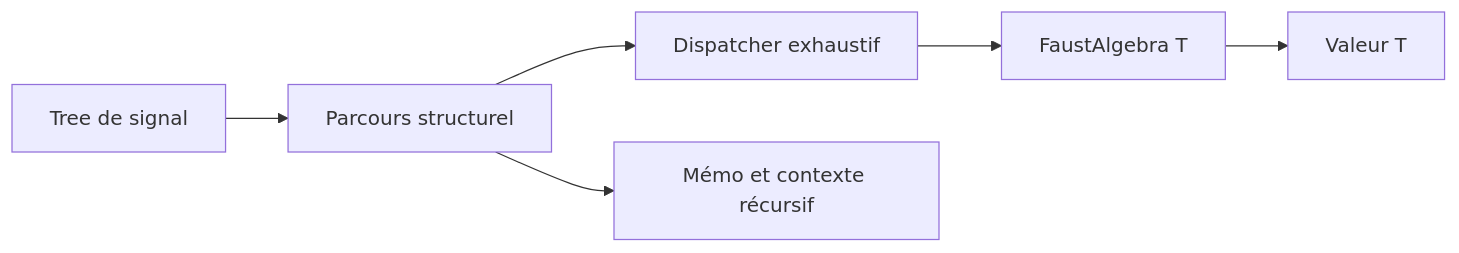
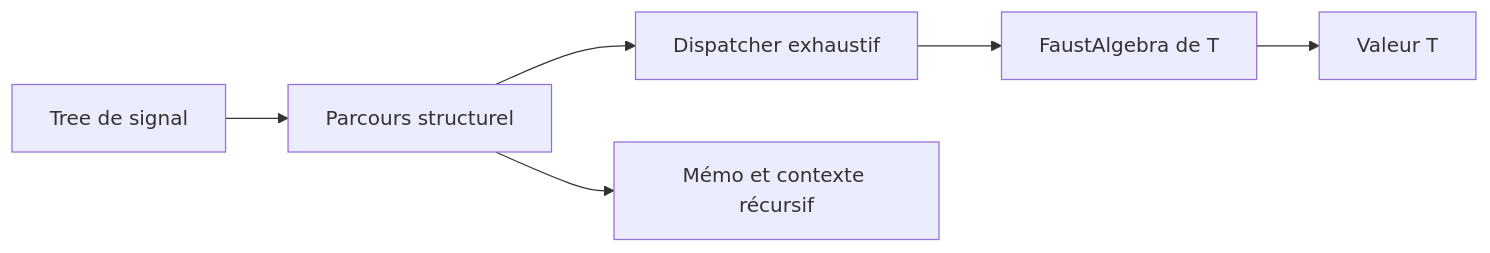
Before and after one commit to orlarey/signals: the second of 2 diagrams in ATTRIBUTE-FIXPOINT-SPEC.md, drawn with Mermaid. The commit also changed other lines of this file and 13 other files, not shown here.

````diff
--- a/ATTRIBUTE-FIXPOINT-SPEC.md
+++ b/ATTRIBUTE-FIXPOINT-SPEC.md
@@ -364,8 +458,8 @@
 ```mermaid
 flowchart LR
     T[Tree de signal] --> P[Parcours structurel]
     P --> D[Dispatcher exhaustif]
-    D --> A[FaustAlgebra T]
+    D --> A[FaustAlgebra de T]
     A --> V[Valeur T]
     P --> C[Mémo et contexte récursif]
 ```
````
